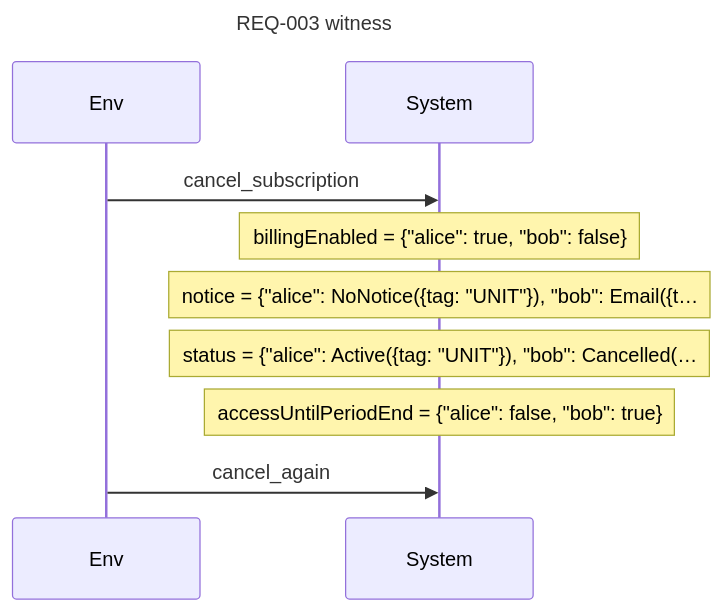
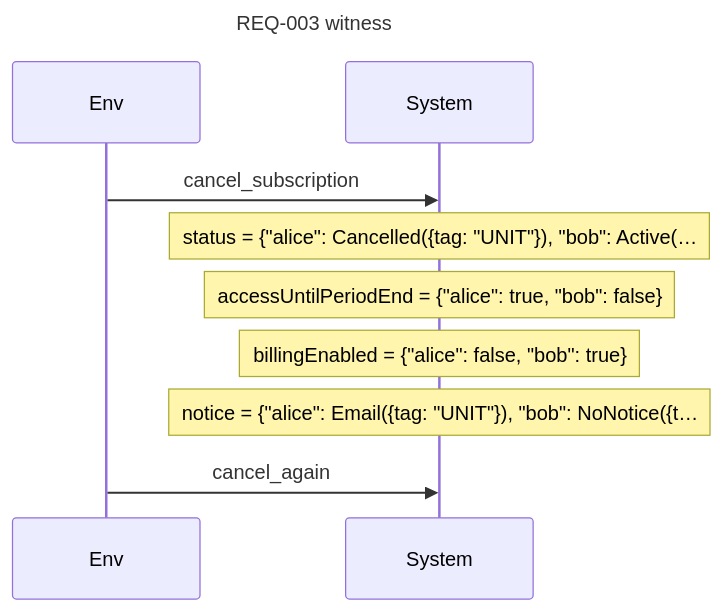
The fifth of 8 diagrams in examples/specs/subscription.readback.md (AlesKracik/quintessence), drawn with Mermaid before and after one commit. The commit also changed other lines of this file and 60 other files, not shown here.

````diff
--- a/examples/specs/subscription.readback.md
+++ b/examples/specs/subscription.readback.md
@@ -382,12 +382,12 @@
 ```mermaid
 sequenceDiagram
     title REQ-003 witness
     participant E as Env
     participant S as System
     E->>S: cancel_subscription
-    Note over S: billingEnabled = {"alice": true, "bob": false}
-    Note over S: notice = {"alice": NoNotice({tag: "UNIT"}), "bob": Email({t…
-    Note over S: status = {"alice": Active({tag: "UNIT"}), "bob": Cancelled(…
-    Note over S: accessUntilPeriodEnd = {"alice": false, "bob": true}
+    Note over S: status = {"alice": Cancelled({tag: "UNIT"}), "bob": Active(…
+    Note over S: accessUntilPeriodEnd = {"alice": true, "bob": false}
+    Note over S: billingEnabled = {"alice": false, "bob": true}
+    Note over S: notice = {"alice": Email({tag: "UNIT"}), "bob": NoNotice({t…
     E->>S: cancel_again
 ```
````
